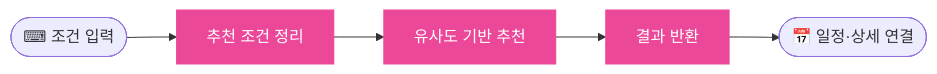
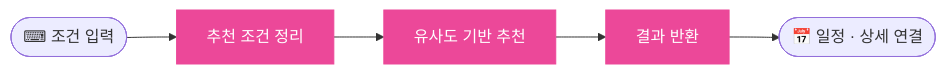
Before and after one commit to jingeunlee4559/portfolio: the third of 4 diagrams in README.md, drawn with Mermaid. The commit also changed other lines of this file, not shown here.

````diff
--- a/README.md
+++ b/README.md
@@ -199,9 +242,9 @@
 ```mermaid
 flowchart LR
     A([⌨ 조건 입력]) --> B[추천 조건 정리]
     B --> C[유사도 기반 추천]
     C --> D[결과 반환]
-    D --> E([📅 일정·상세 연결])
+    D --> E([📅 일정 · 상세 연결])
     classDef main fill:#EC4899,stroke:#EC4899,color:#fff
     class B,C,D main
 ```
````
